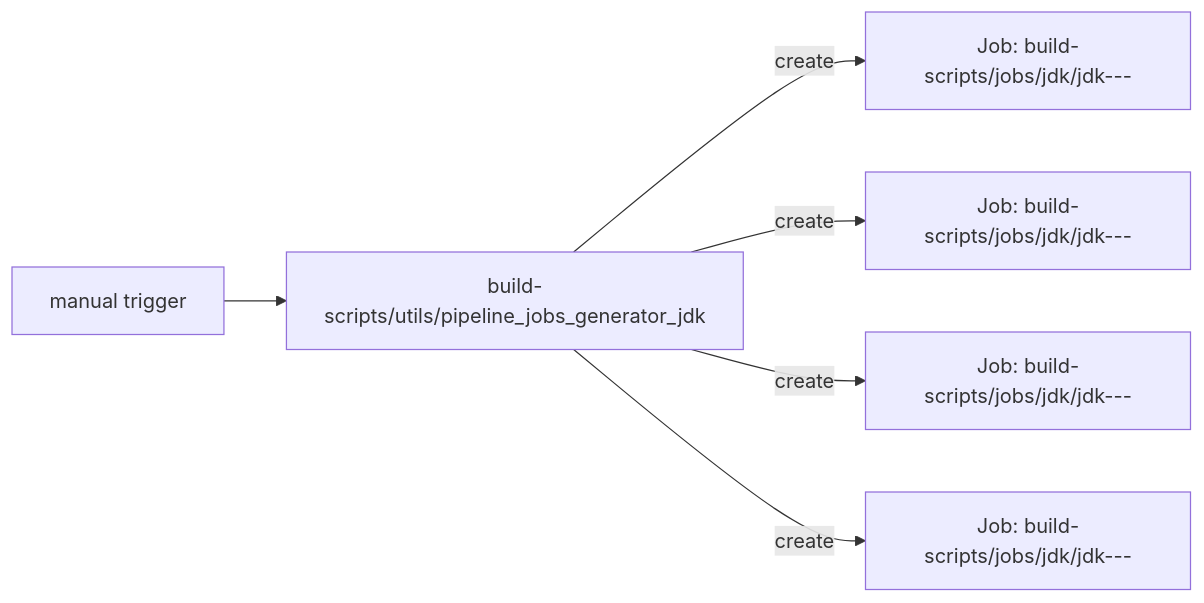
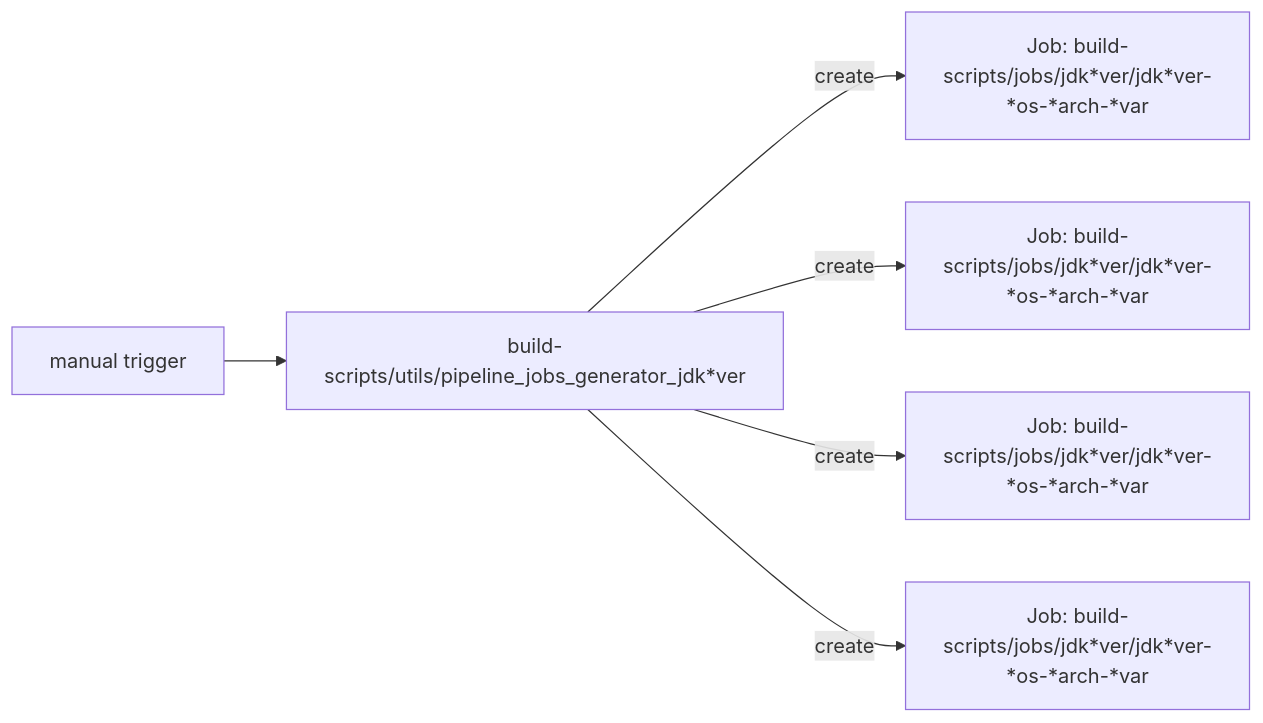
The third of 9 diagrams in docs/diagram.md (adoptium/ci-jenkins-pipelines), drawn with Mermaid before and after one commit. The commit also changed other lines of this file and 1 other file, not shown here.

````diff
--- a/docs/diagram.md
+++ b/docs/diagram.md
@@ -24,8 +24,8 @@
 ```mermaid
 flowchart  LR  
-Trigger2[manual trigger] --> Seed2[build-scripts/utils/pipeline_jobs_generator_jdk<ver>]
-Seed2 --create--> Downstream1[Job: build-scripts/jobs/jdk<ver>/jdk<ver>-<os>-<arch>-<var>]
-Seed2 --create--> Downstream2[Job: build-scripts/jobs/jdk<ver>/jdk<ver>-<os>-<arch>-<var>]
-Seed2 --create--> Downstream3[Job: build-scripts/jobs/jdk<ver>/jdk<ver>-<os>-<arch>-<var>]
-Seed2 --create--> Downstream4[Job: build-scripts/jobs/jdk<ver>/jdk<ver>-<os>-<arch>-<var>]
+Trigger2[manual trigger] --> Seed2[build-scripts/utils/pipeline_jobs_generator_jdk*ver]
+Seed2 --create--> Downstream1[Job: build-scripts/jobs/jdk*ver/jdk*ver-*os-*arch-*var]
+Seed2 --create--> Downstream2[Job: build-scripts/jobs/jdk*ver/jdk*ver-*os-*arch-*var]
+Seed2 --create--> Downstream3[Job: build-scripts/jobs/jdk*ver/jdk*ver-*os-*arch-*var]
+Seed2 --create--> Downstream4[Job: build-scripts/jobs/jdk*ver/jdk*ver-*os-*arch-*var]
  ```
````
